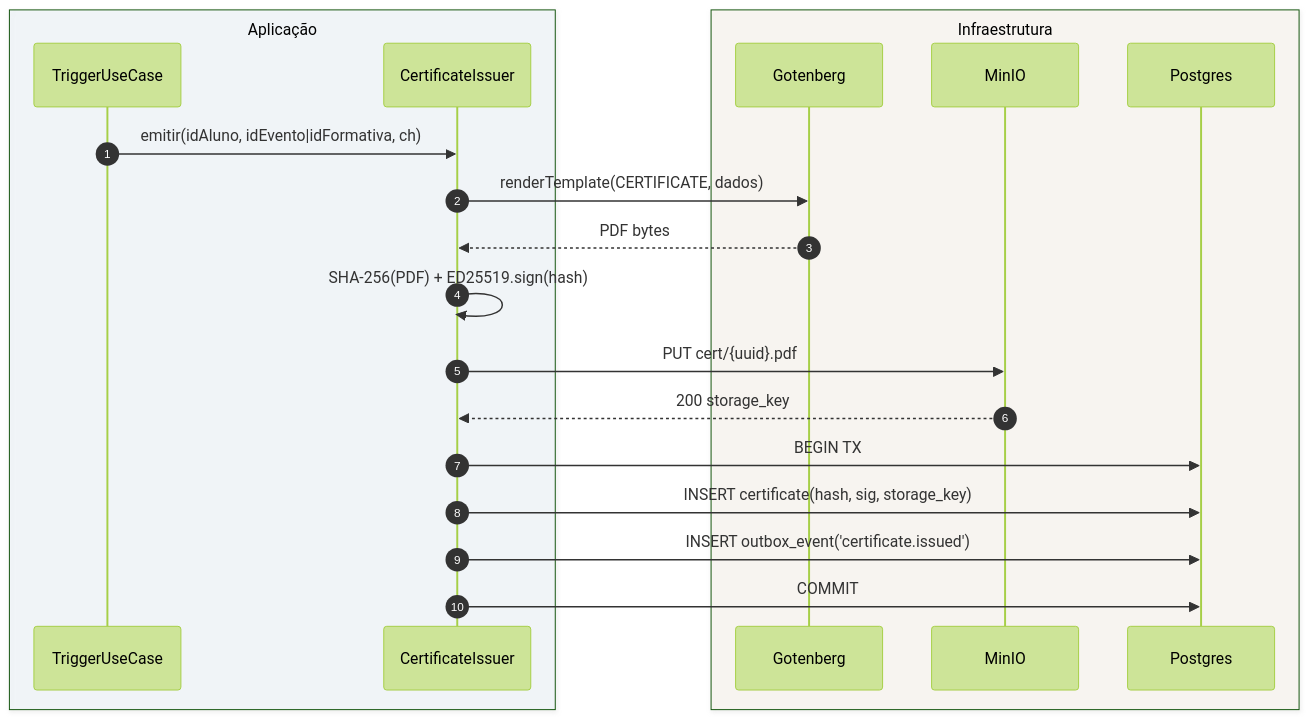
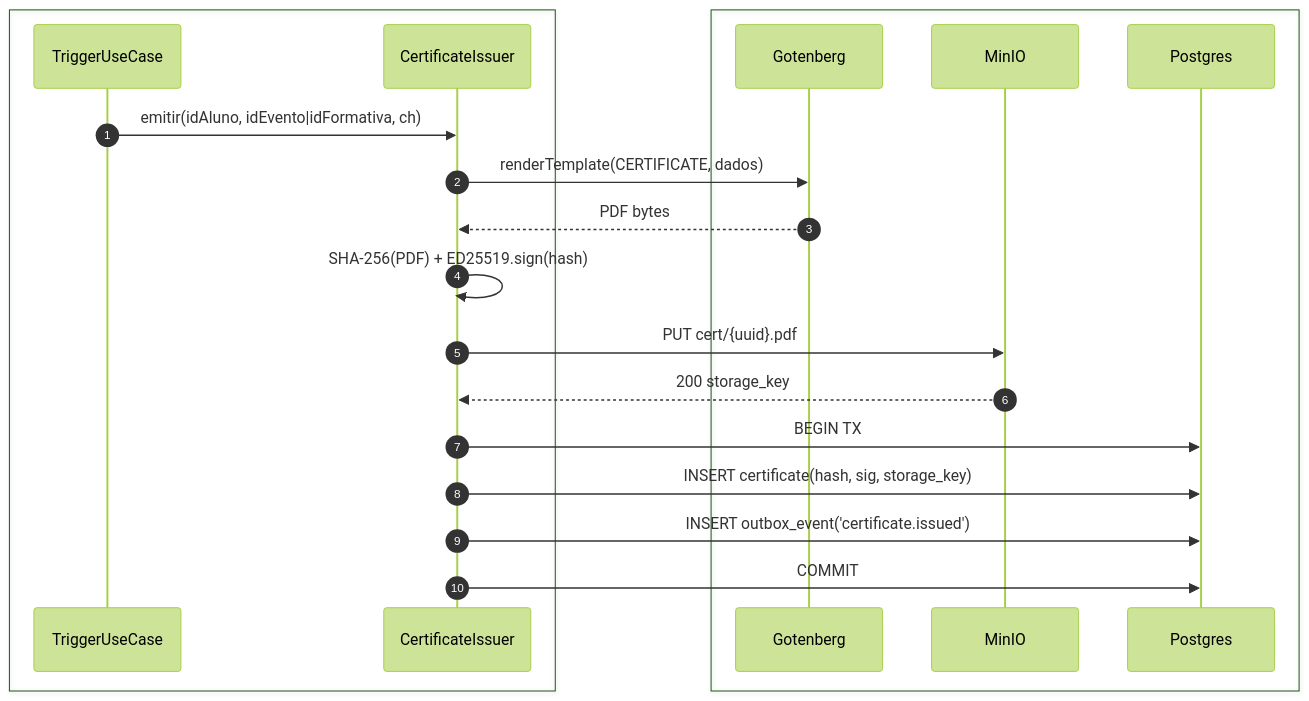
The diagram in foundationDocs/sequenceDiagrams/transversal/10.4-certificado-emissao.md (umishell/secretariaOnline2), drawn with Mermaid (forest theme) before and after one commit. The commit also changed 70 other files, not shown here.

First line of the commit message:
Enhance database documentation and introduce new schema files

````diff
--- a/foundationDocs/sequenceDiagrams/transversal/10.4-certificado-emissao.md
+++ b/foundationDocs/sequenceDiagrams/transversal/10.4-certificado-emissao.md
@@ -32,24 +32,24 @@
 ```mermaid
 sequenceDiagram
   autonumber
-  box rgba(230,245,255,0.3) Aplicação
+  box #f4f4f4 Aplicação
     participant TUC as TriggerUseCase
     participant ISS as CertificateIssuer
   end
-  box rgba(255,245,230,0.3) Infraestrutura
+  box #f4f4f4 Infraestrutura
     participant GOT as Gotenberg
     participant STO as MinIO
     participant PG as Postgres
   end
 
   TUC->>ISS: emitir(idAluno, idEvento|idFormativa, ch)
   ISS->>GOT: renderTemplate(CERTIFICATE, dados)
   GOT-->>ISS: PDF bytes
   ISS->>ISS: SHA-256(PDF) + ED25519.sign(hash)
   ISS->>STO: PUT cert/{uuid}.pdf
   STO-->>ISS: 200 storage_key
   ISS->>PG: BEGIN TX
   ISS->>PG: INSERT certificate(hash, sig, storage_key)
   ISS->>PG: INSERT outbox_event('certificate.issued')
   ISS->>PG: COMMIT
 ```
````
